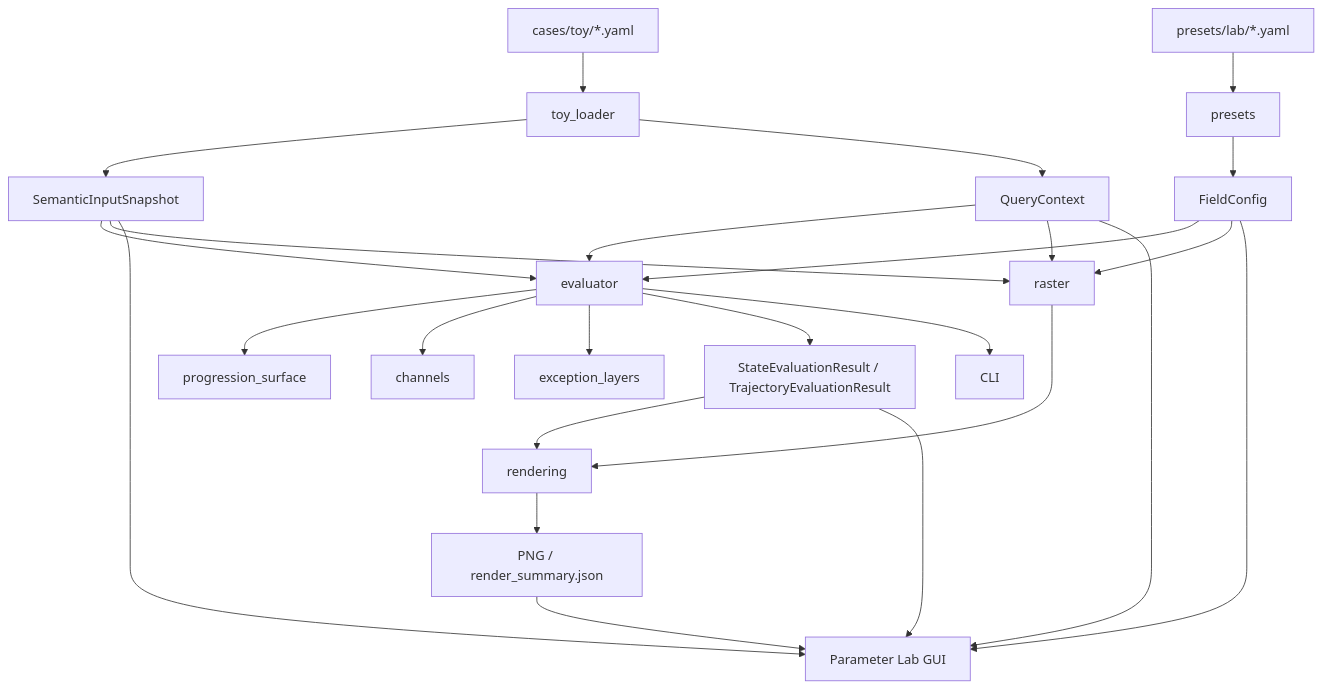
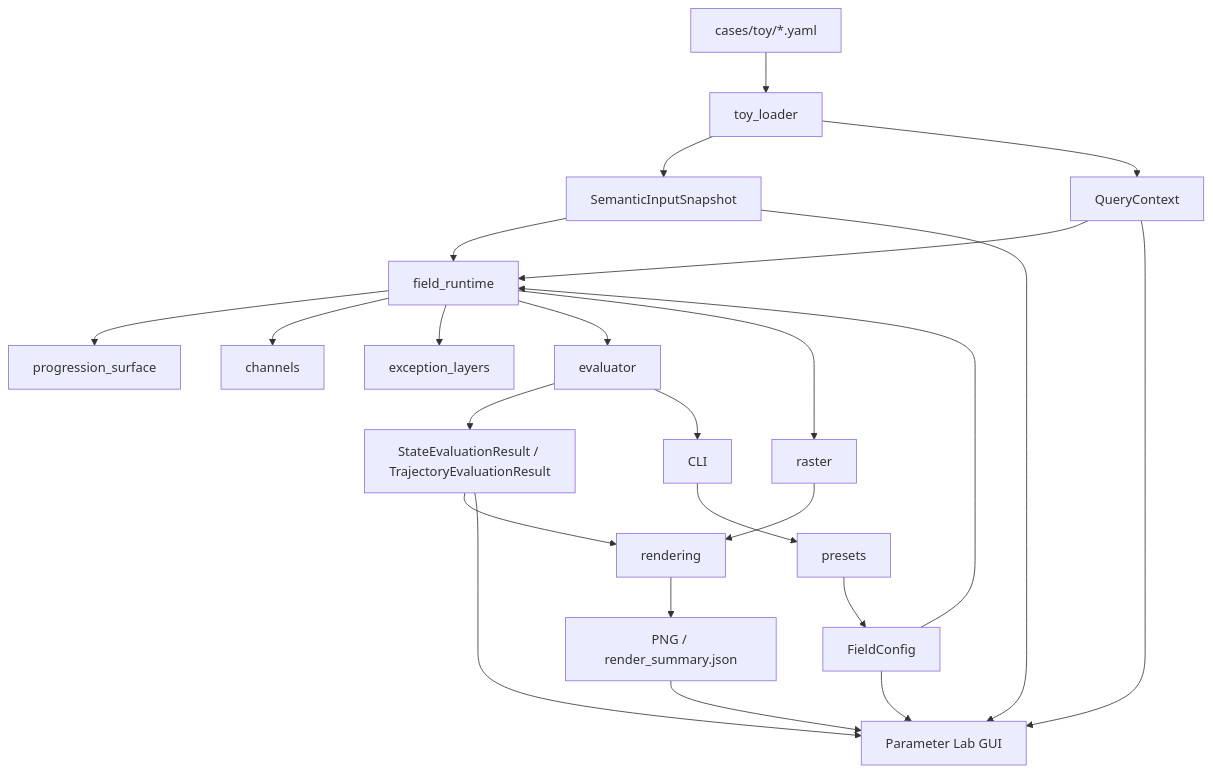
One commit to KyunghoCha/driving-preference-field changed the diagram in README.md. Above: the diagram before and after it, drawn with Mermaid. The commit also changed other lines of this file and 12 other files, not shown here.

First line of the commit message:
lab(docs): expose progression debug views and document current runtime

````diff
--- a/README.md
+++ b/README.md
@@ -32,27 +33,26 @@
 ```mermaid
 flowchart TD
     A[cases/toy/*.yaml] --> B[toy_loader]
     P[presets/lab/*.yaml] --> Q[presets]
     B --> C[SemanticInputSnapshot]
     B --> D[QueryContext]
     Q --> E[FieldConfig]
-    C --> F[evaluator]
+    C --> F[field_runtime]
     D --> F
     E --> F
     F --> G[progression_surface]
     F --> H[channels]
     F --> I[exception_layers]
-    F --> J[StateEvaluationResult / TrajectoryEvaluationResult]
-    C --> K[raster]
-    D --> K
-    E --> K
-    K --> L[rendering]
-    J --> L
-    L --> M[PNG / render_summary.json]
-    C --> N[Parameter Lab GUI]
-    D --> N
-    E --> N
-    J --> N
-    M --> N
-    F --> O[CLI]
+    F --> J[evaluator]
+    J --> K[StateEvaluationResult / TrajectoryEvaluationResult]
+    F --> L[raster]
+    L --> M[rendering]
+    K --> M
+    M --> N[PNG / render_summary.json]
+    C --> O[Parameter Lab GUI]
+    D --> O
+    E --> O
+    K --> O
+    N --> O
+    J --> P[CLI]
 ```
````
